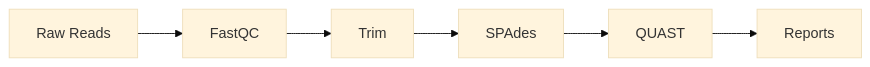
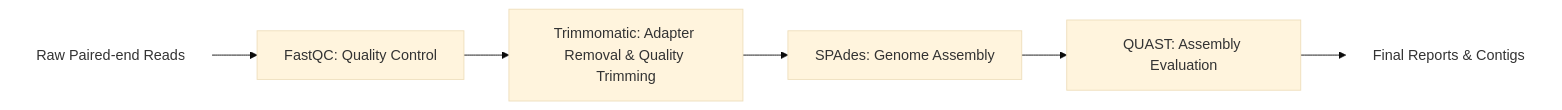
One commit to sergiodealencar/bioinformatics-engineering-portfolio changed the diagram in bash-genome-assembly-pipeline/README.md. Above: the diagram before and after it, drawn with Mermaid (base theme).

````diff
--- a/bash-genome-assembly-pipeline/README.md
+++ b/bash-genome-assembly-pipeline/README.md
@@ -11,8 +11,12 @@
 ```mermaid
 flowchart LR
-  A[Raw Reads] --> B[FastQC]
-  B --> C[Trim]
-  C --> D[SPAdes]
-  D --> E[QUAST]
-  E --> F[Reports]
+    A[Raw Paired-end Reads] --> B[FastQC: Quality Control]
+    B --> C[Trimmomatic: Adapter Removal & Quality Trimming]
+    C --> D[SPAdes: Genome Assembly]
+    D --> E[QUAST: Assembly Evaluation]
+    E --> F[Final Reports & Contigs]
+
+  %% Add spacing
+  style A fill:none,stroke:none
+  style F fill:none,stroke:none
 ```
````
